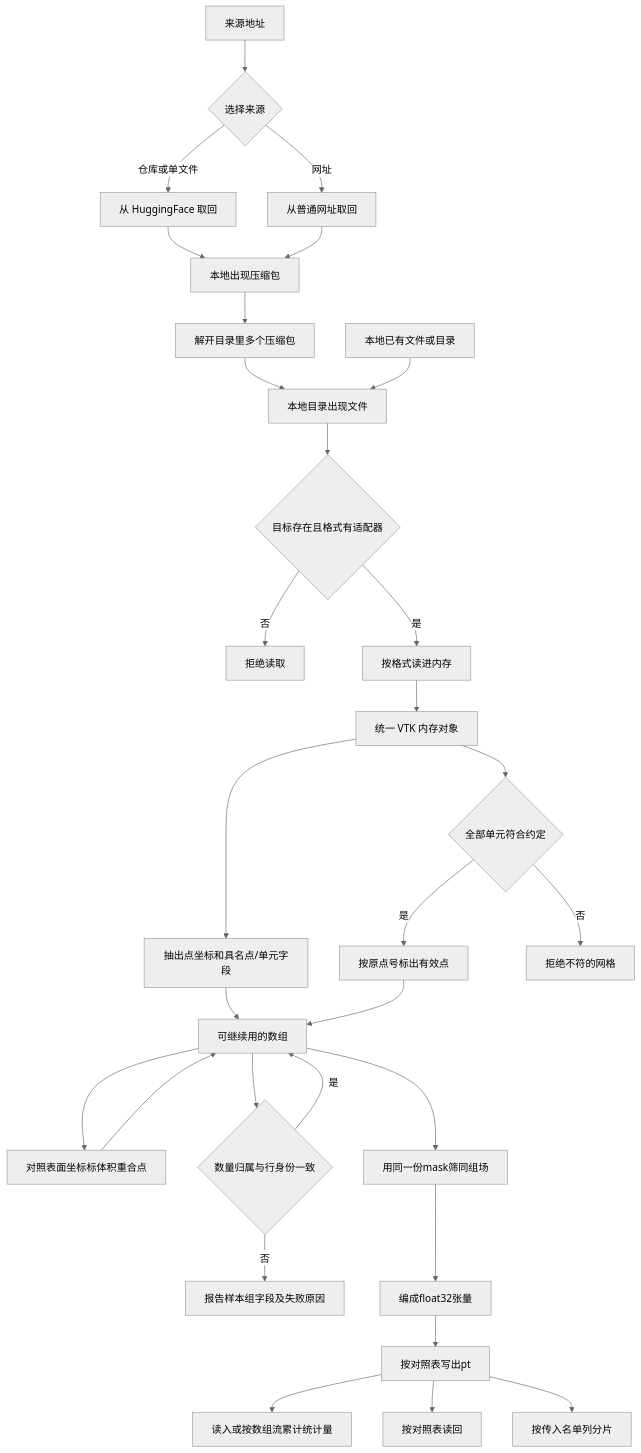
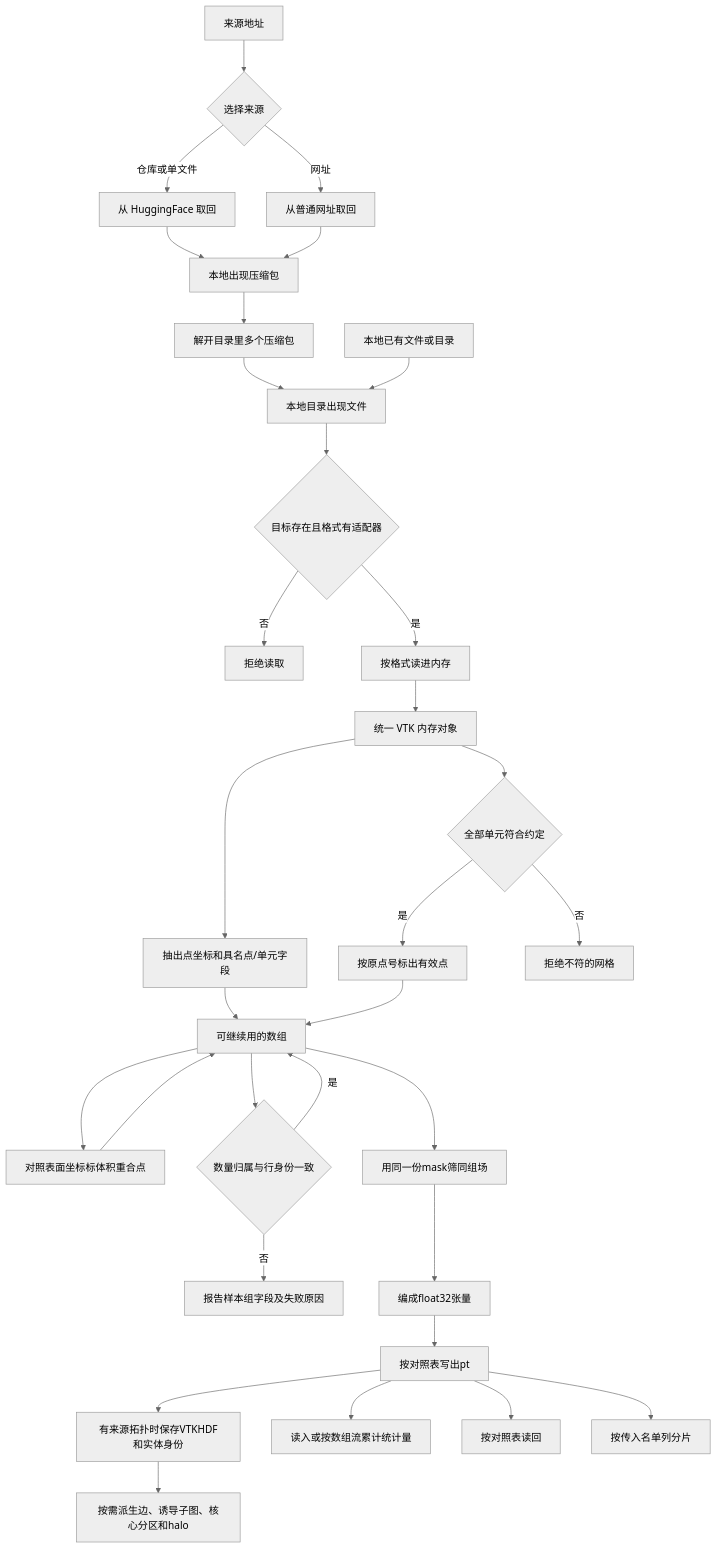
The first of 13 diagrams in docs/PRD/ai4e-core/abilities/PRD.md (qweaxdzsc/AI4E_dojo), drawn with Mermaid (neutral theme) before and after one commit. The commit also changed other lines of this file and 1348 other files, not shown here.

````diff
--- a/docs/PRD/ai4e-core/abilities/PRD.md
+++ b/docs/PRD/ai4e-core/abilities/PRD.md
@@ -94,32 +115,34 @@
 ```mermaid
 flowchart TD
   src[来源地址] --> choose{选择来源}
   choose -->|仓库或单文件| hf[从 HuggingFace 取回]
   choose -->|网址| url[从普通网址取回]
   hf --> packs[本地出现压缩包]
   url --> packs
   packs --> unzip[解开目录里多个压缩包]
   unzip --> disk[本地目录出现文件]
   local[本地已有文件或目录] --> disk
   disk --> exist{目标存在且格式有适配器}
   exist -->|否| fail[拒绝读取]
   exist -->|是| adapt[按格式读进内存]
   adapt --> native[统一 VTK 内存对象]
   native --> extract[抽出点坐标和具名点/单元字段]
   native --> topology{全部单元符合约定}
   topology -->|是| mask[按原点号标出有效点]
   topology -->|否| rejectMask[拒绝不符的网格]
   extract --> arrays[可继续用的数组]
   mask --> arrays
   arrays --> coincide[对照表面坐标标体积重合点]
   arrays --> align{数量归属与行身份一致}
   coincide --> arrays
   align -->|否| rejectAlign[报告样本组字段及失败原因]
   align -->|是| arrays
   arrays --> applyMask[用同一份mask筛同组场]
   applyMask --> encode[编成float32张量]
   encode --> store[按对照表写出pt]
+  store --> meshAsset[有来源拓扑时保存VTKHDF和实体身份]
+  meshAsset --> graphPrep[按需派生边、诱导子图、核心分区和halo]
   store --> stats[读入或按数组流累计统计量]
   store --> readBack[按对照表读回]
   store --> lists[按传入名单列分片]
 ```
````
